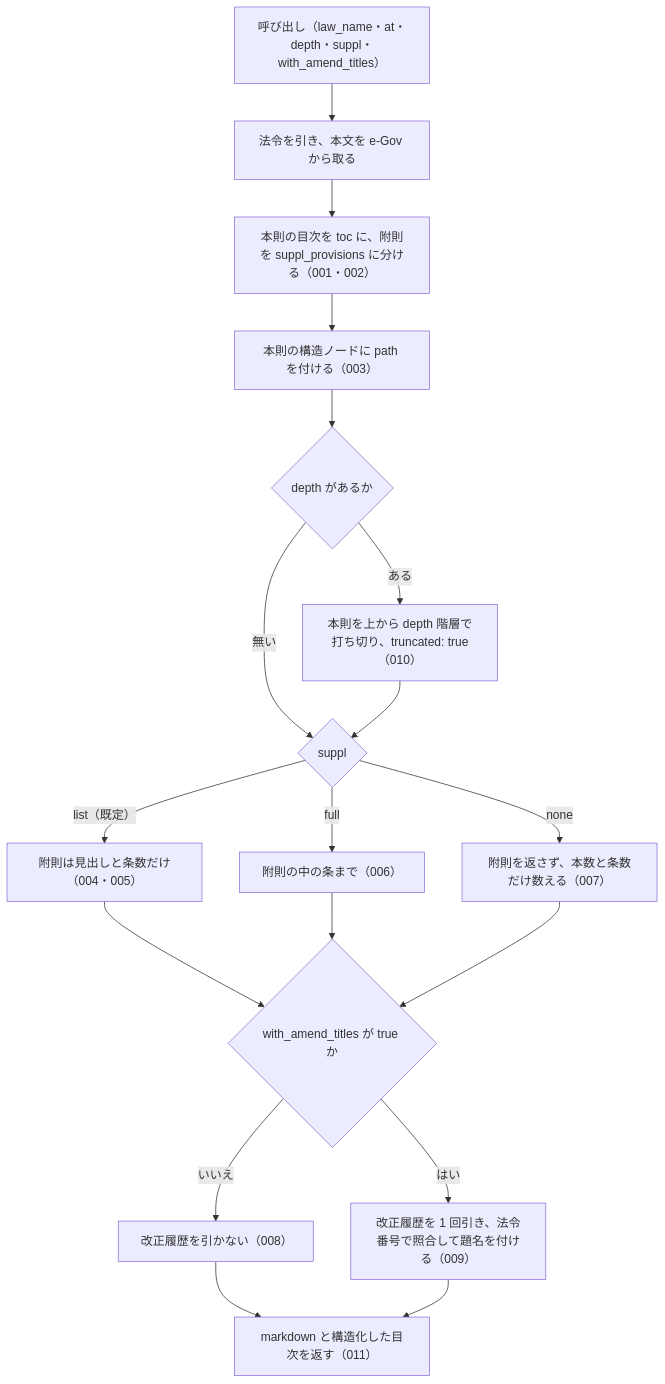
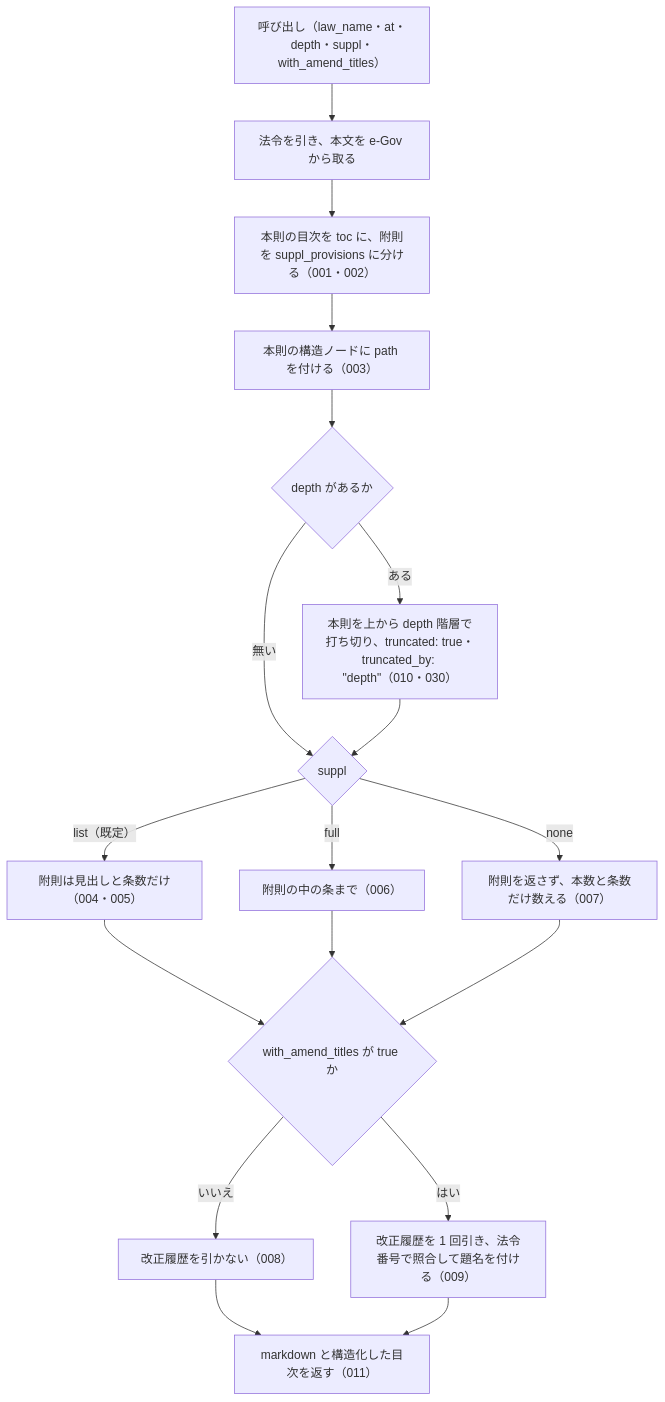
One commit to shuji-bonji/houki-hub changed the diagram in site/docs/reference/mcp/houki-egov/get_toc.md. Above: the diagram before and after it, drawn with Mermaid. The commit also changed other lines of this file and 39 other files, not shown here.

````diff
--- a/site/docs/reference/mcp/houki-egov/get_toc.md
+++ b/site/docs/reference/mcp/houki-egov/get_toc.md
@@ -124,20 +125,20 @@
 ```mermaid
 flowchart TD
   A["呼び出し（law_name・at・depth・suppl・with_amend_titles）"] --> B["法令を引き、本文を e-Gov から取る"]
   B --> C["本則の目次を toc に、附則を suppl_provisions に分ける（001・002）"]
   C --> D["本則の構造ノードに path を付ける（003）"]
   D --> E{"depth があるか"}
-  E -- ある --> F["本則を上から depth 階層で打ち切り、truncated: true（010）"]
+  E -- ある --> F["本則を上から depth 階層で打ち切り、truncated: true・truncated_by: #quot;depth#quot;（010・030）"]
   E -- 無い --> G{"suppl"}
   F --> G
   G -- "list（既定）" --> H["附則は見出しと条数だけ（004・005）"]
   G -- full --> I["附則の中の条まで（006）"]
   G -- none --> J["附則を返さず、本数と条数だけ数える（007）"]
   H --> K{"with_amend_titles が true か"}
   I --> K
   J --> K
   K -- いいえ --> L["改正履歴を引かない（008）"]
   K -- はい --> M["改正履歴を 1 回引き、法令番号で照合して題名を付ける（009）"]
   L --> N["markdown と構造化した目次を返す（011）"]
   M --> N
 ```
````
